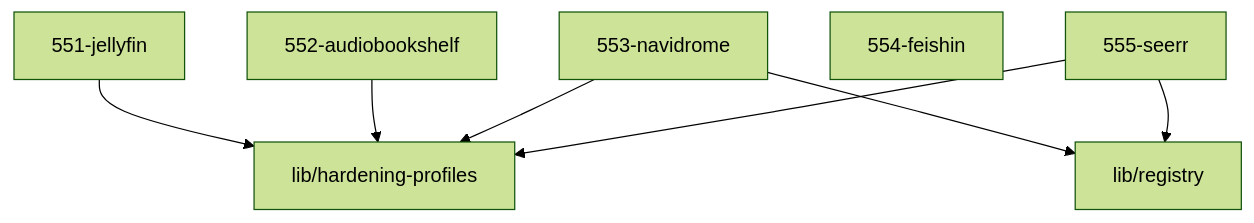
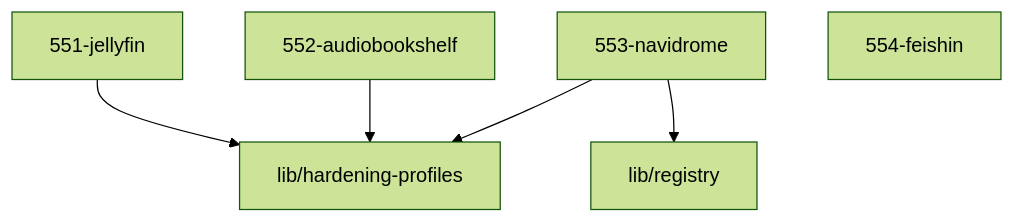
The diagram in 55-playback/AGENTS.md (grapefruit89/mediNix-core), drawn with Mermaid (forest theme) before and after one commit. The commit also changed other lines of this file and 93 other files, not shown here.

````diff
--- a/55-playback/AGENTS.md
+++ b/55-playback/AGENTS.md
@@ -27,10 +26,8 @@
 ```mermaid
 graph TD
   551_jellyfin["551-jellyfin"] --> hardening_profiles["lib/hardening-profiles"]
   552_audiobookshelf["552-audiobookshelf"] --> hardening_profiles["lib/hardening-profiles"]
   553_navidrome["553-navidrome"] --> hardening_profiles["lib/hardening-profiles"]
   553_navidrome["553-navidrome"] --> registry["lib/registry"]
   554_feishin["554-feishin"]
-  555_seerr["555-seerr"] --> hardening_profiles["lib/hardening-profiles"]
-  555_seerr["555-seerr"] --> registry["lib/registry"]
 ```
````
